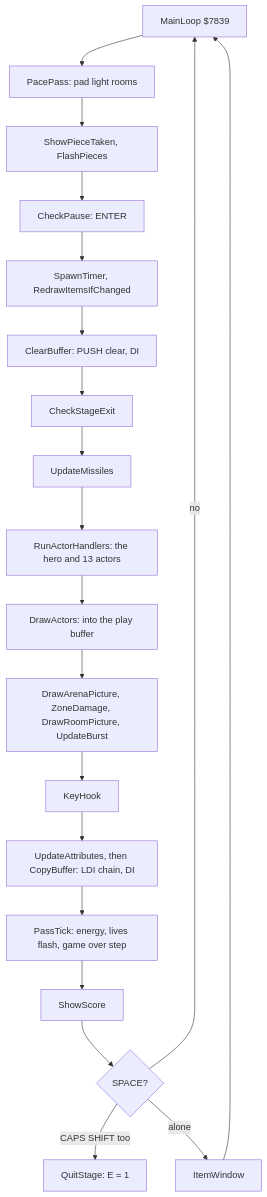
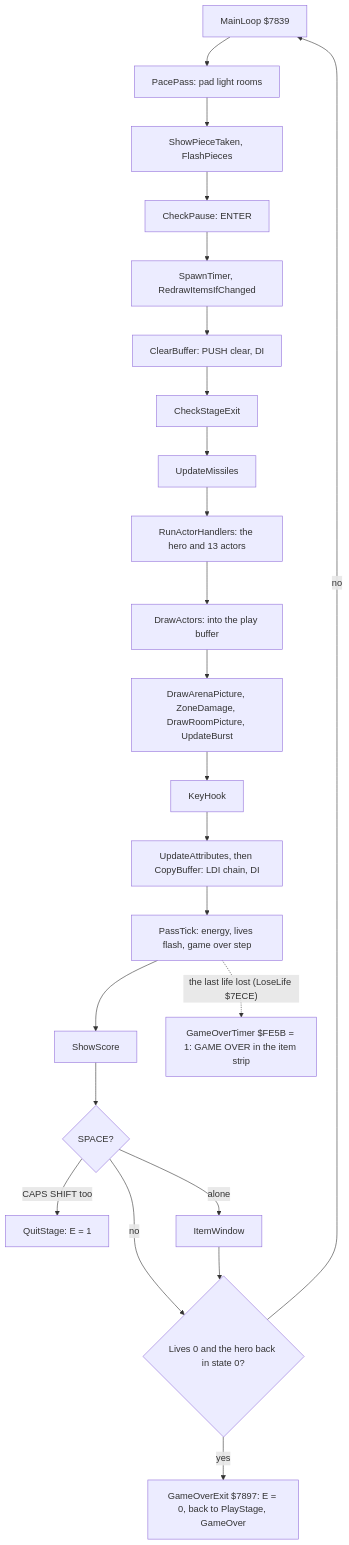
The fourth of 4 diagrams in games/myth/docs/02-architecture.md (alfishe/unrealng-reverse-cases), drawn with Mermaid before and after one commit. The commit also changed other lines of this file and 42 other files, not shown here.

Commit message:
Myth: review round 1 fixed (57 findings): waits at two HALTs a turn, the demon's tenth object, the deadly cell ahead of the head, enemies and bosses of stages 2-5 with asm, mermaid, animations and witnesses, maps and enemy sheets redrawn

````diff
--- a/games/myth/docs/02-architecture.md
+++ b/games/myth/docs/02-architecture.md
@@ -297,22 +299,25 @@
 ```mermaid
 flowchart TD
     M["MainLoop $7839"] --> P["PacePass: pad light rooms"]
     P --> H1["ShowPieceTaken, FlashPieces"]
     H1 --> CP["CheckPause: ENTER"]
     CP --> ST["SpawnTimer, RedrawItemsIfChanged"]
     ST --> CB["ClearBuffer: PUSH clear, DI"]
     CB --> EX["CheckStageExit"]
     EX --> MI["UpdateMissiles"]
     MI --> AH["RunActorHandlers: the hero and 13 actors"]
     AH --> DA["DrawActors: into the play buffer"]
     DA --> PI["DrawArenaPicture, ZoneDamage, DrawRoomPicture, UpdateBurst"]
     PI --> KH["KeyHook"]
     KH --> UA["UpdateAttributes, then CopyBuffer: LDI chain, DI"]
     UA --> PT["PassTick: energy, lives flash, game over step"]
     PT --> SS["ShowScore"]
+    PT -.->|"the last life lost (LoseLife $7ECE)"| GT["GameOverTimer $FE5B = 1: GAME OVER in the item strip"]
     SS --> SP{"SPACE?"}
-    SP -->|"no"| M
+    SP -->|"no"| LV
     SP -->|"CAPS SHIFT too"| Q["QuitStage: E = 1"]
     SP -->|"alone"| IW["ItemWindow"]
-    IW --> M
+    IW --> LV{"Lives 0 and the hero back in state 0?"}
+    LV -->|"no"| M
+    LV -->|"yes"| GO["GameOverExit $7897: E = 0, back to PlayStage, GameOver"]
 ```
````
